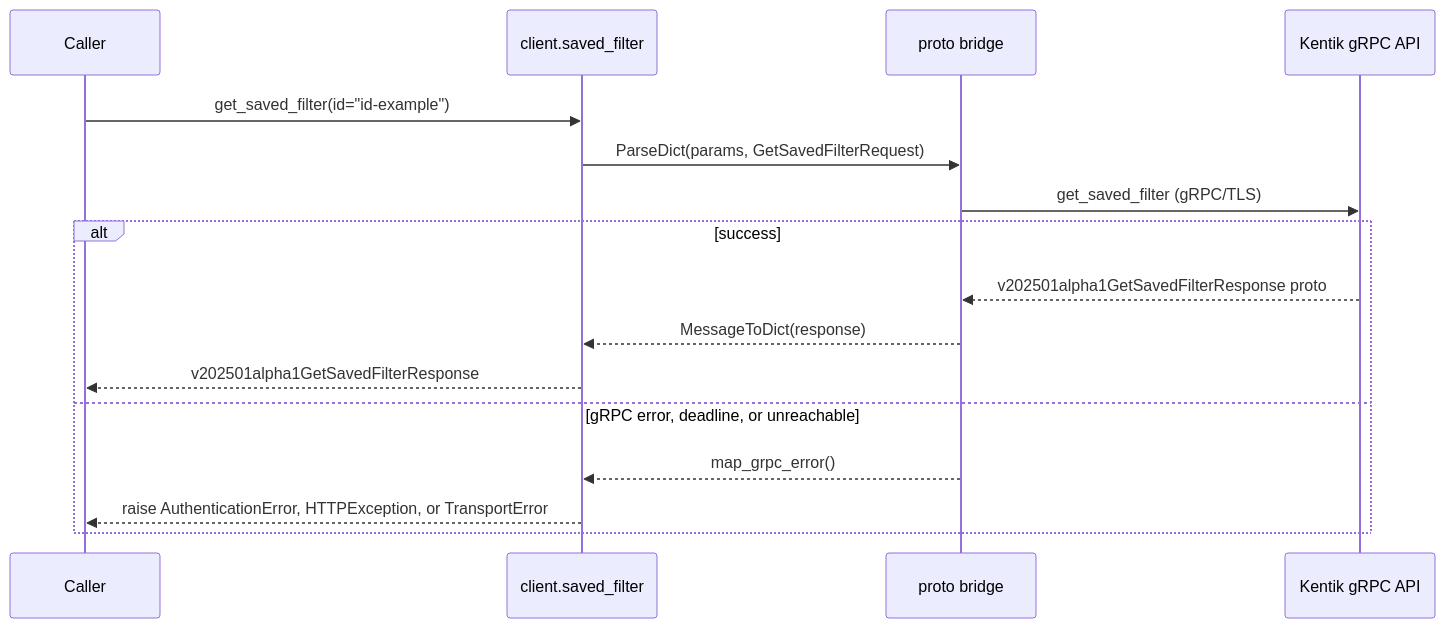
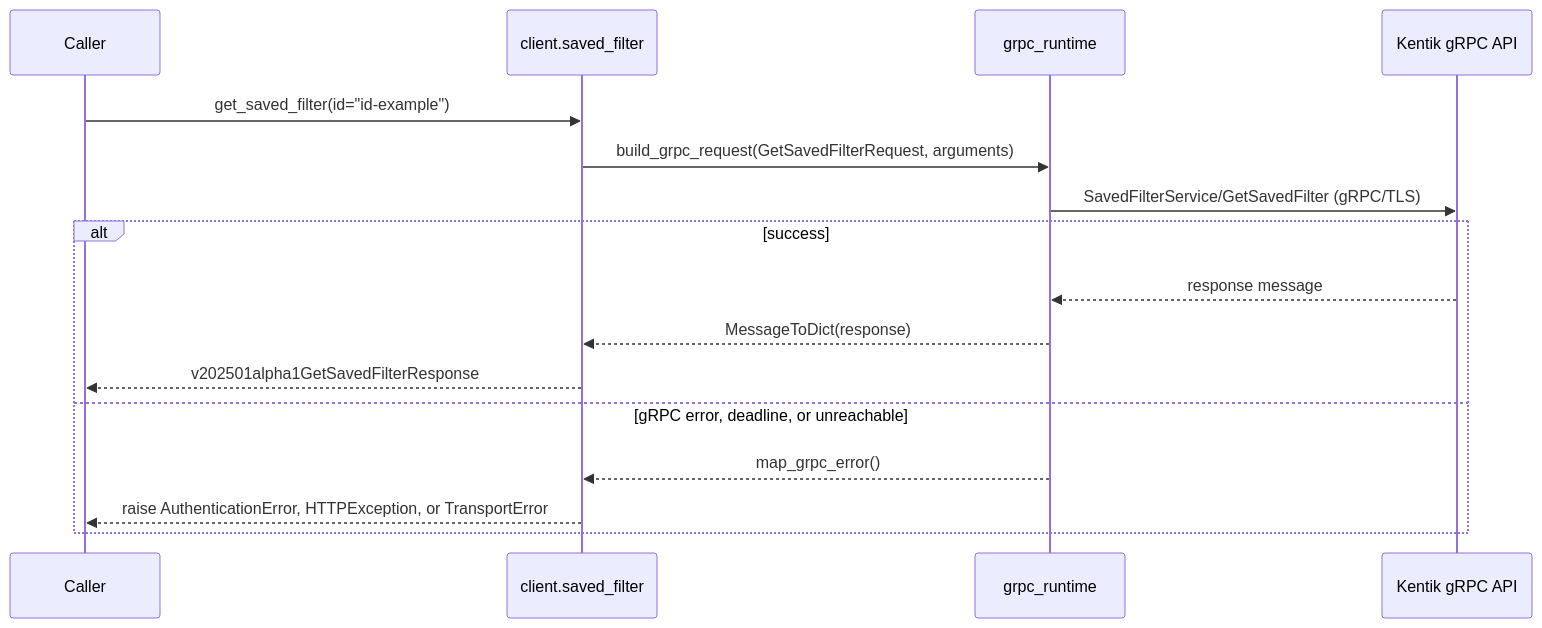
Before and after one commit to alexdearaujo/community_sdk_python: the fifth of 14 diagrams in docs/sphinx/services/saved_filter.md, drawn with Mermaid. The commit also changed other lines of this file and 37 other files, not shown here.

First line of the commit message:
docs: show the real RPC in each service page's gRPC diagram

````diff
--- a/docs/sphinx/services/saved_filter.md
+++ b/docs/sphinx/services/saved_filter.md
@@ -135,19 +135,19 @@
 ```mermaid
 sequenceDiagram
     participant C as Caller
     participant W as client.saved_filter
-    participant B as proto bridge
+    participant R as grpc_runtime
     participant API as Kentik gRPC API
 
     C->>W: get_saved_filter(id="id-example")
-    W->>B: ParseDict(params, GetSavedFilterRequest)
-    B->>API: get_saved_filter (gRPC/TLS)
+    W->>R: build_grpc_request(GetSavedFilterRequest, arguments)
+    R->>API: SavedFilterService/GetSavedFilter (gRPC/TLS)
     alt success
-        API-->>B: v202501alpha1GetSavedFilterResponse proto
-        B-->>W: MessageToDict(response)
+        API-->>R: response message
+        R-->>W: MessageToDict(response)
         W-->>C: v202501alpha1GetSavedFilterResponse
     else gRPC error, deadline, or unreachable
-        B-->>W: map_grpc_error()
+        R-->>W: map_grpc_error()
         W-->>C: raise AuthenticationError, HTTPException, or TransportError
     end
 ```
````
